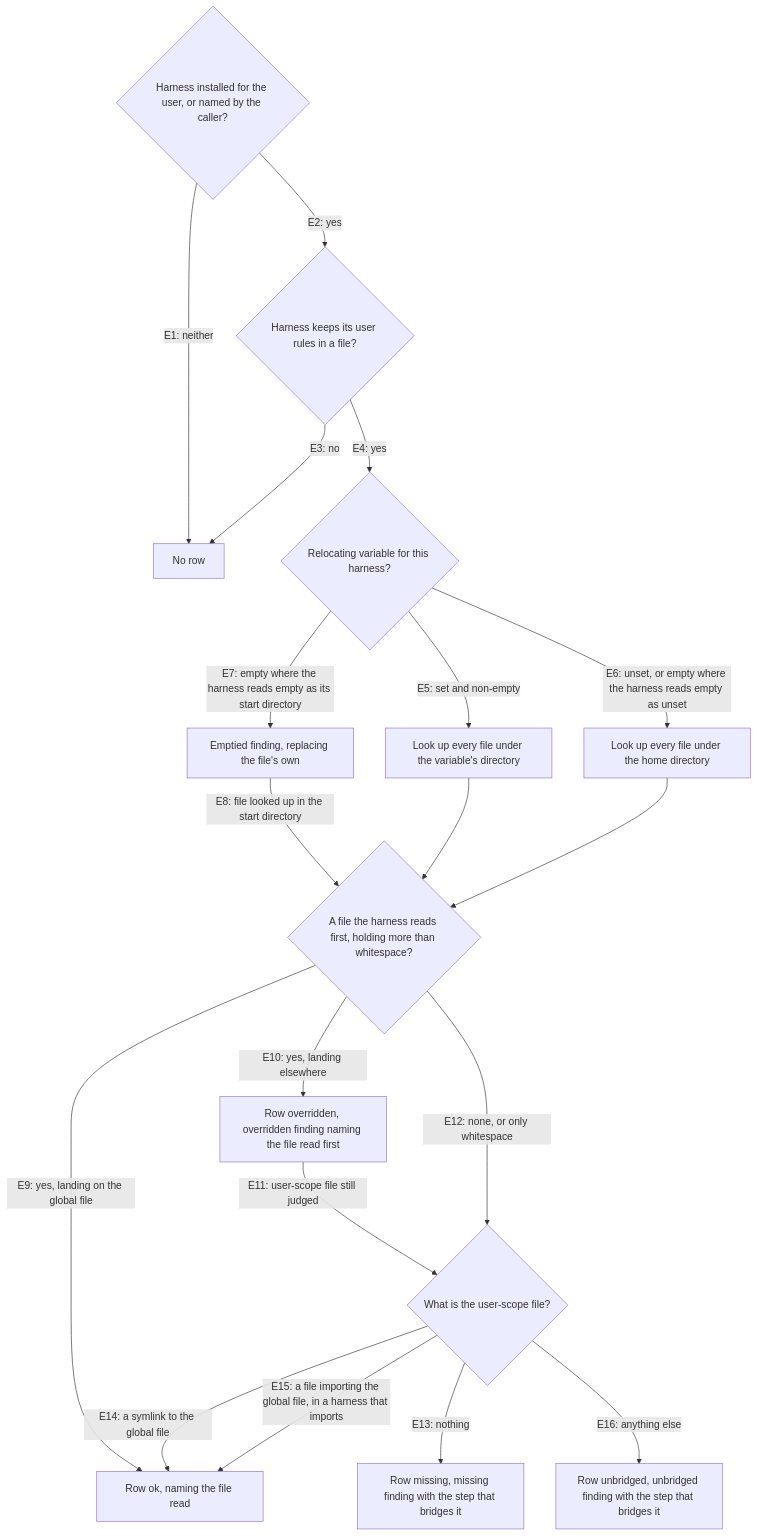
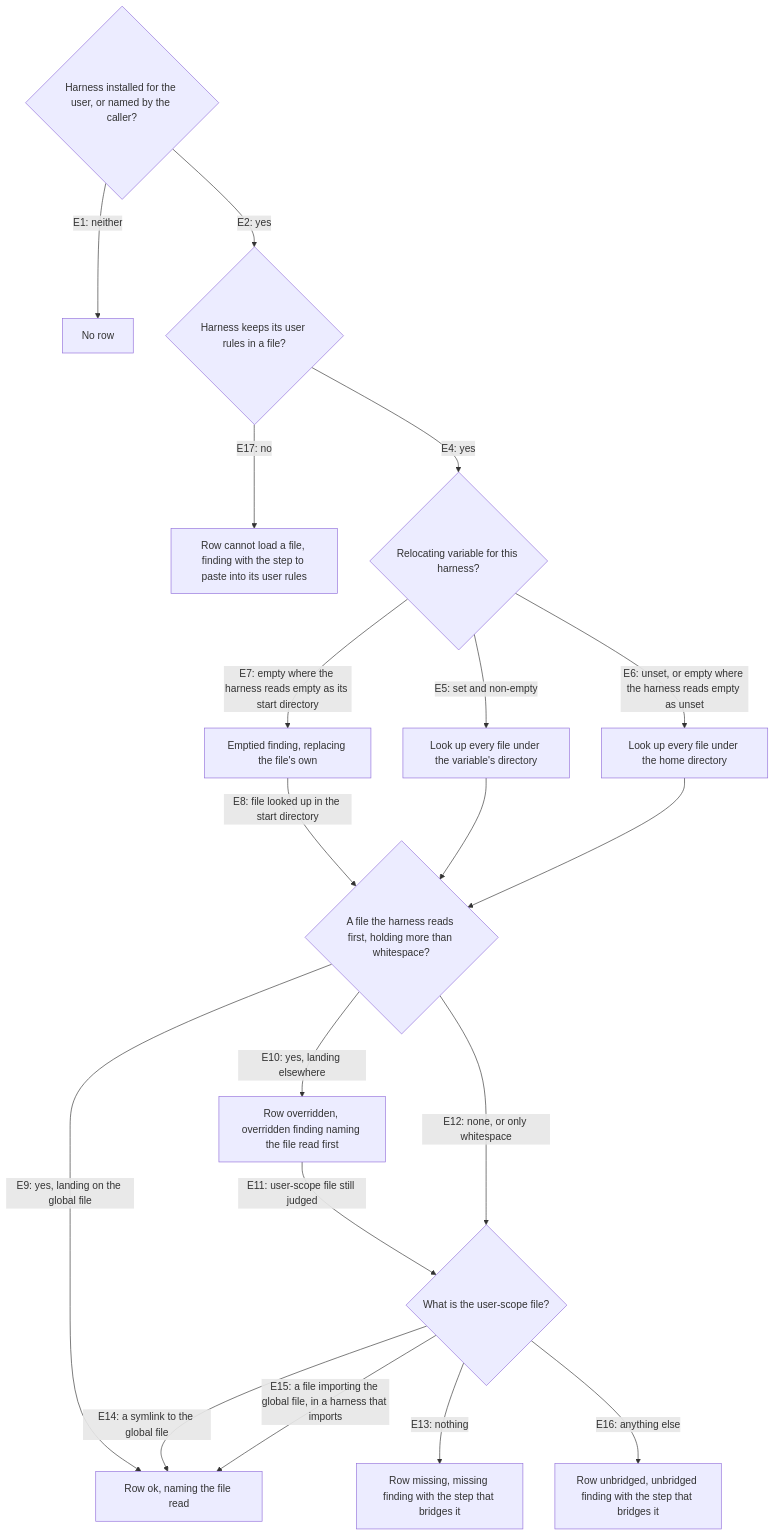
Before and after one commit to repobuddy/buddy-agent-harness: the diagram in packages/buddy-agent-harness/.agents/spec/global-instructions/graph.md, drawn with Mermaid. The commit also changed other lines of this file and 29 other files, not shown here.

````diff
--- a/packages/buddy-agent-harness/.agents/spec/global-instructions/graph.md
+++ b/packages/buddy-agent-harness/.agents/spec/global-instructions/graph.md
@@ -7,22 +7,22 @@
 ```mermaid
 flowchart TD
   D1{Harness installed for the user, or named by the caller?}
   D1 -->|E1: neither| O1[No row]
   D1 -->|E2: yes| D2{Harness keeps its user rules in a file?}
-  D2 -->|E3: no| O1
+  D2 -->|E17: no| O6[Row cannot load a file, finding with the step to paste into its user rules]
   D2 -->|E4: yes| D3{Relocating variable for this harness?}
   D3 -->|E5: set and non-empty| L1[Look up every file under the variable's directory]
   D3 -->|E6: unset, or empty where the harness reads empty as unset| L2[Look up every file under the home directory]
   D3 -->|E7: empty where the harness reads empty as its start directory| O2[Emptied finding, replacing the file's own]
   O2 -->|E8: file looked up in the start directory| D4
   L1 --> D4
   L2 --> D4{A file the harness reads first, holding more than whitespace?}
   D4 -->|E9: yes, landing on the global file| OK[Row ok, naming the file read]
   D4 -->|E10: yes, landing elsewhere| O3[Row overridden, overridden finding naming the file read first]
   O3 -->|E11: user-scope file still judged| D5
   D4 -->|E12: none, or only whitespace| D5{What is the user-scope file?}
   D5 -->|E13: nothing| O4[Row missing, missing finding with the step that bridges it]
   D5 -->|E14: a symlink to the global file| OK
   D5 -->|E15: a file importing the global file, in a harness that imports| OK
   D5 -->|E16: anything else| O5[Row unbridged, unbridged finding with the step that bridges it]
 ```
````
